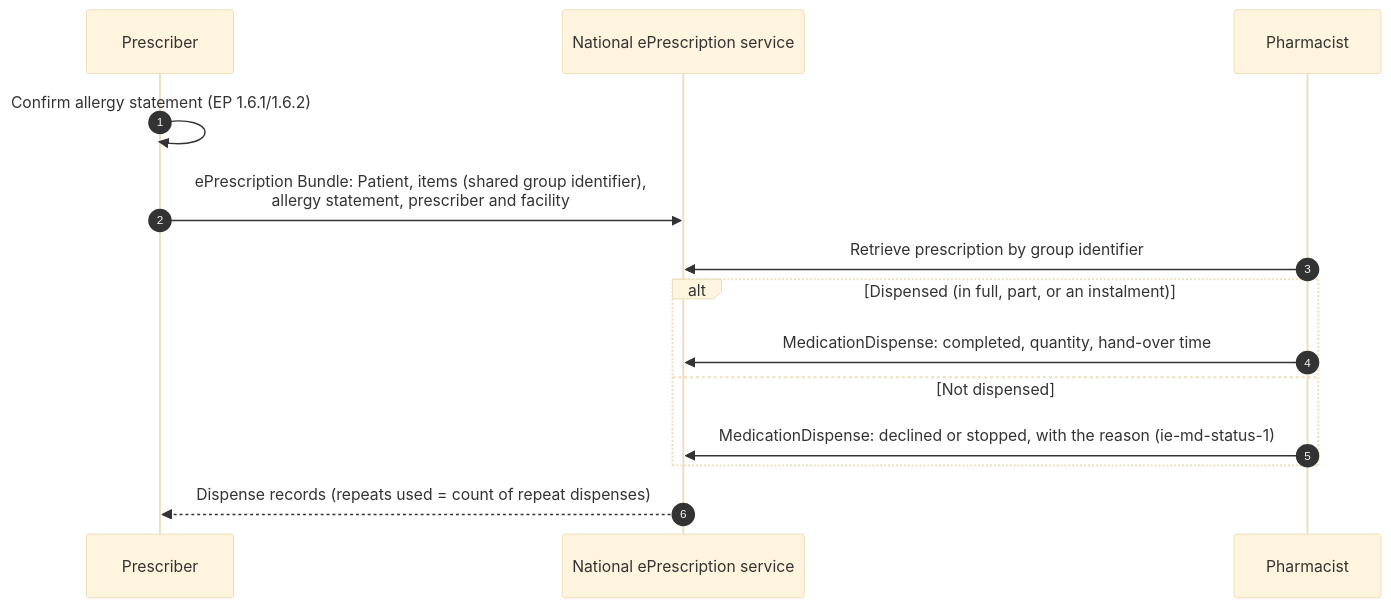
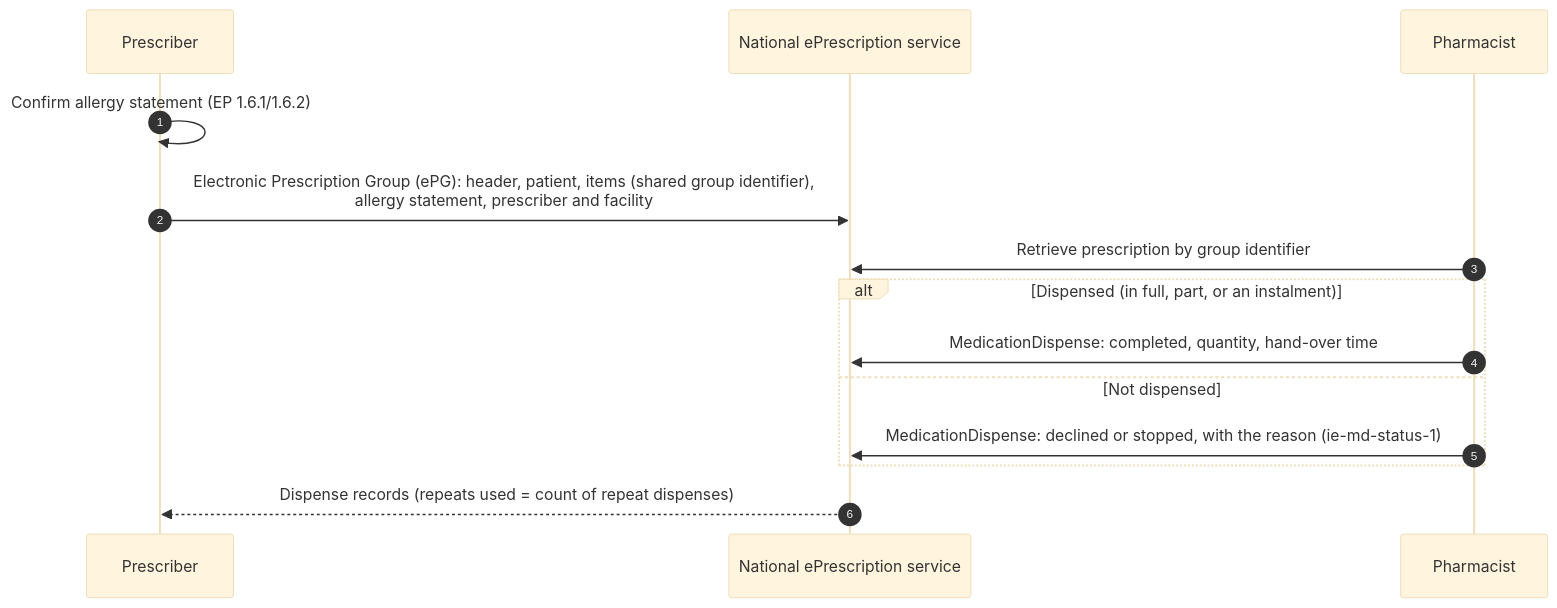
One commit to hl7-ie/medication-events changed the diagram in input/pagecontent/hiqa-alignment.md. Above: the diagram before and after it, drawn with Mermaid (base theme). The commit also changed other lines of this file and 22 other files, not shown here.

````diff
--- a/input/pagecontent/hiqa-alignment.md
+++ b/input/pagecontent/hiqa-alignment.md
@@ -61,16 +62,16 @@
 ```mermaid
 sequenceDiagram
     autonumber
     participant P as Prescriber
     participant N as National ePrescription service
     participant R as Pharmacist
     P->>P: Confirm allergy statement (EP 1.6.1/1.6.2)
-    P->>N: ePrescription Bundle: Patient, items (shared group identifier),<br/>allergy statement, prescriber and facility
+    P->>N: Electronic Prescription Group (ePG): header, patient, items (shared group identifier),<br/>allergy statement, prescriber and facility
     R->>N: Retrieve prescription by group identifier
     alt Dispensed (in full, part, or an instalment)
         R->>N: MedicationDispense: completed, quantity, hand-over time
     else Not dispensed
         R->>N: MedicationDispense: declined or stopped, with the reason (ie-md-status-1)
     end
     N-->>P: Dispense records (repeats used = count of repeat dispenses)
 ```
````
